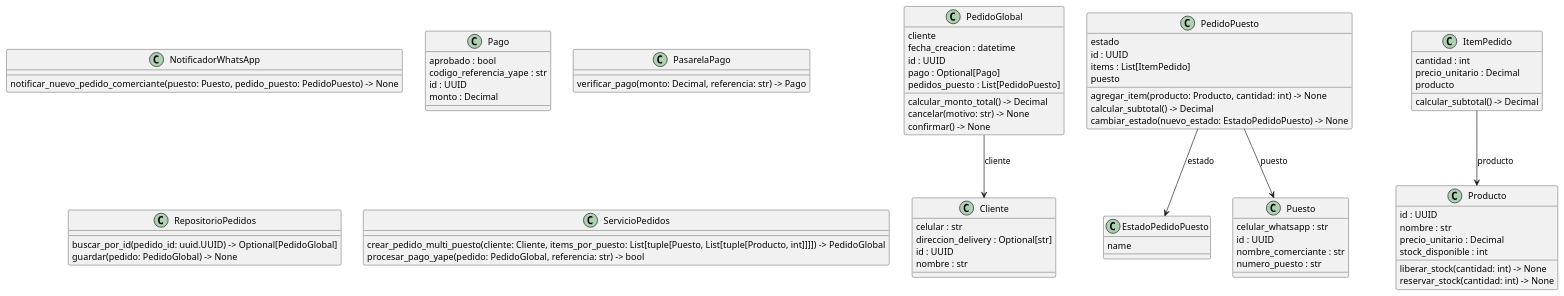
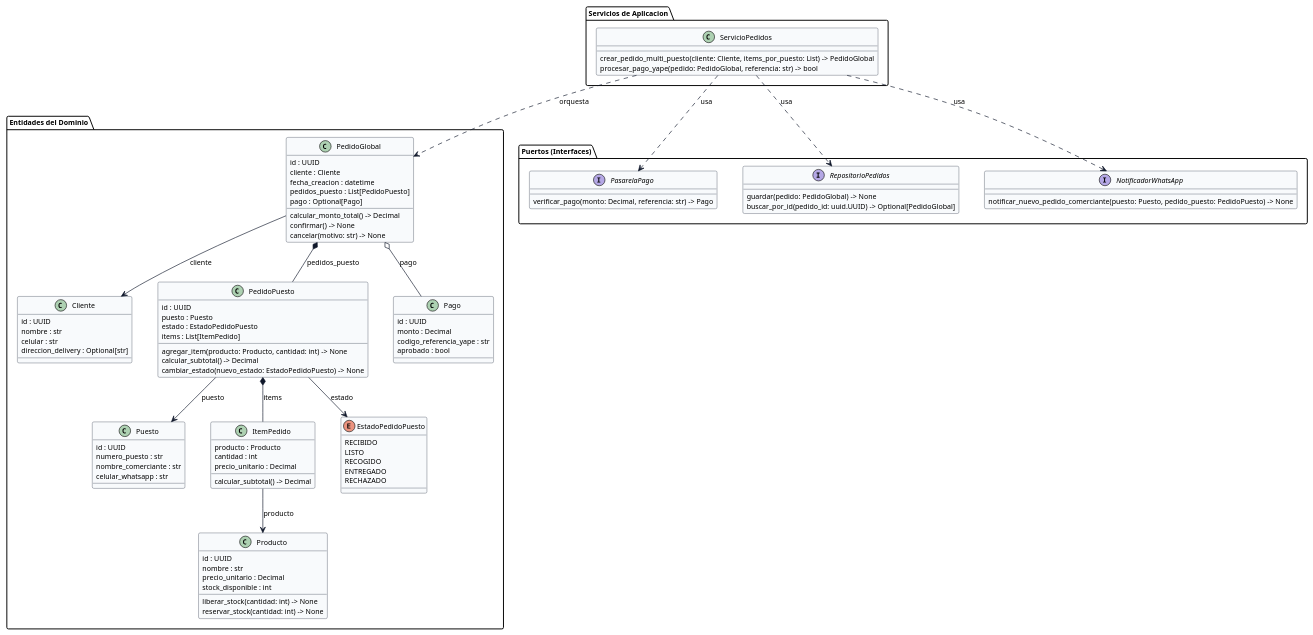
One commit to Knndy18/cs-2026b-lab04-grupo07 changed the diagram in docs/design/classes_pedidos.puml. Above: the diagram before and after it, drawn with PlantUML. The commit also changed 4 other files, not shown here.

Commit message:
Actualiza el README y diagramas de diseño: agrega imágenes y mejora la estructura de entregables

```diff
--- a/docs/design/classes_pedidos.puml
+++ b/docs/design/classes_pedidos.puml
@@ -1,75 +1,123 @@
 @startuml classes_pedidos
+top to bottom direction
+skinparam shadowing false
+skinparam defaultFontName Arial
+skinparam defaultFontSize 11
+skinparam classAttributeIconSize 0
+skinparam nodesep 40
+skinparam ranksep 45
+
+skinparam class {
+  BackgroundColor #F8FAFC
+  BorderColor #1E293B
+  ArrowColor #0F172A
+}
+
 set namespaceSeparator none
-class "Cliente" as pedidos.models.Cliente {
-  celular : str
-  direccion_delivery : Optional[str]
-  id : UUID
-  nombre : str
+
+package "Entidades del Dominio" {
+  class "Cliente" as pedidos.models.Cliente {
+    id : UUID
+    nombre : str
+    celular : str
+    direccion_delivery : Optional[str]
+  }
+
+  class "Puesto" as pedidos.models.Puesto {
+    id : UUID
+    numero_puesto : str
+    nombre_comerciante : str
+    celular_whatsapp : str
+  }
+
+  class "Producto" as pedidos.models.Producto {
+    id : UUID
+    nombre : str
+    precio_unitario : Decimal
+    stock_disponible : int
+    liberar_stock(cantidad: int) -> None
+    reservar_stock(cantidad: int) -> None
+  }
+
+  class "ItemPedido" as pedidos.models.ItemPedido {
+    producto : Producto
+    cantidad : int
+    precio_unitario : Decimal
+    calcular_subtotal() -> Decimal
+  }
+
+  enum "EstadoPedidoPuesto" as pedidos.models.EstadoPedidoPuesto {
+    RECIBIDO
+    LISTO
+    RECOGIDO
+    ENTREGADO
+    RECHAZADO
+  }
+
+  class "PedidoPuesto" as pedidos.models.PedidoPuesto {
+    id : UUID
+    puesto : Puesto
+    estado : EstadoPedidoPuesto
+    items : List[ItemPedido]
+    agregar_item(producto: Producto, cantidad: int) -> None
+    calcular_subtotal() -> Decimal
+    cambiar_estado(nuevo_estado: EstadoPedidoPuesto) -> None
+  }
+
+  class "Pago" as pedidos.models.Pago {
+    id : UUID
+    monto : Decimal
+    codigo_referencia_yape : str
+    aprobado : bool
+  }
+
+  class "PedidoGlobal" as pedidos.models.PedidoGlobal {
+    id : UUID
+    cliente : Cliente
+    fecha_creacion : datetime
+    pedidos_puesto : List[PedidoPuesto]
+    pago : Optional[Pago]
+    calcular_monto_total() -> Decimal
+    confirmar() -> None
+    cancelar(motivo: str) -> None
+  }
 }
-class "EstadoPedidoPuesto" as pedidos.models.EstadoPedidoPuesto {
-  name
+
+package "Puertos (Interfaces)" {
+  interface "PasarelaPago" as pedidos.models.PasarelaPago {
+    verificar_pago(monto: Decimal, referencia: str) -> Pago
+  }
+
+  interface "RepositorioPedidos" as pedidos.models.RepositorioPedidos {
+    guardar(pedido: PedidoGlobal) -> None
+    buscar_por_id(pedido_id: uuid.UUID) -> Optional[PedidoGlobal]
+  }
+
+  interface "NotificadorWhatsApp" as pedidos.models.NotificadorWhatsApp {
+    notificar_nuevo_pedido_comerciante(puesto: Puesto, pedido_puesto: PedidoPuesto) -> None
+  }
 }
-class "ItemPedido" as pedidos.models.ItemPedido {
-  cantidad : int
-  precio_unitario : Decimal
-  producto
-  calcular_subtotal() -> Decimal
+
+package "Servicios de Aplicacion" {
+  class "ServicioPedidos" as pedidos.models.ServicioPedidos {
+    crear_pedido_multi_puesto(cliente: Cliente, items_por_puesto: List) -> PedidoGlobal
+    procesar_pago_yape(pedido: PedidoGlobal, referencia: str) -> bool
+  }
 }
-class "NotificadorWhatsApp" as pedidos.models.NotificadorWhatsApp {
-  notificar_nuevo_pedido_comerciante(puesto: Puesto, pedido_puesto: PedidoPuesto) -> None
-}
-class "Pago" as pedidos.models.Pago {
-  aprobado : bool
-  codigo_referencia_yape : str
-  id : UUID
-  monto : Decimal
-}
-class "PasarelaPago" as pedidos.models.PasarelaPago {
-  verificar_pago(monto: Decimal, referencia: str) -> Pago
-}
-class "PedidoGlobal" as pedidos.models.PedidoGlobal {
-  cliente
-  fecha_creacion : datetime
-  id : UUID
-  pago : Optional[Pago]
-  pedidos_puesto : List[PedidoPuesto]
-  calcular_monto_total() -> Decimal
-  cancelar(motivo: str) -> None
-  confirmar() -> None
-}
-class "PedidoPuesto" as pedidos.models.PedidoPuesto {
-  estado
-  id : UUID
-  items : List[ItemPedido]
-  puesto
-  agregar_item(producto: Producto, cantidad: int) -> None
-  calcular_subtotal() -> Decimal
-  cambiar_estado(nuevo_estado: EstadoPedidoPuesto) -> None
-}
-class "Producto" as pedidos.models.Producto {
-  id : UUID
-  nombre : str
-  precio_unitario : Decimal
-  stock_disponible : int
-  liberar_stock(cantidad: int) -> None
-  reservar_stock(cantidad: int) -> None
-}
-class "Puesto" as pedidos.models.Puesto {
-  celular_whatsapp : str
-  id : UUID
-  nombre_comerciante : str
-  numero_puesto : str
-}
-class "RepositorioPedidos" as pedidos.models.RepositorioPedidos {
-  buscar_por_id(pedido_id: uuid.UUID) -> Optional[PedidoGlobal]
-  guardar(pedido: PedidoGlobal) -> None
-}
-class "ServicioPedidos" as pedidos.models.ServicioPedidos {
-  crear_pedido_multi_puesto(cliente: Cliente, items_por_puesto: List[tuple[Puesto, List[tuple[Producto, int]]]]) -> PedidoGlobal
-  procesar_pago_yape(pedido: PedidoGlobal, referencia: str) -> bool
-}
+
+' Relaciones estructurales ordenadas
 pedidos.models.PedidoGlobal --> pedidos.models.Cliente : cliente
+pedidos.models.PedidoGlobal *-- pedidos.models.PedidoPuesto : pedidos_puesto
+pedidos.models.PedidoGlobal o-- pedidos.models.Pago : pago
+
+pedidos.models.PedidoPuesto --> pedidos.models.Puesto : puesto
 pedidos.models.PedidoPuesto --> pedidos.models.EstadoPedidoPuesto : estado
+pedidos.models.PedidoPuesto *-- pedidos.models.ItemPedido : items
 pedidos.models.ItemPedido --> pedidos.models.Producto : producto
-pedidos.models.PedidoPuesto --> pedidos.models.Puesto : puesto
+
+pedidos.models.ServicioPedidos ..> pedidos.models.RepositorioPedidos : usa
+pedidos.models.ServicioPedidos ..> pedidos.models.PasarelaPago : usa
+pedidos.models.ServicioPedidos ..> pedidos.models.NotificadorWhatsApp : usa
+pedidos.models.ServicioPedidos ..> pedidos.models.PedidoGlobal : orquesta
+
 @enduml
```
